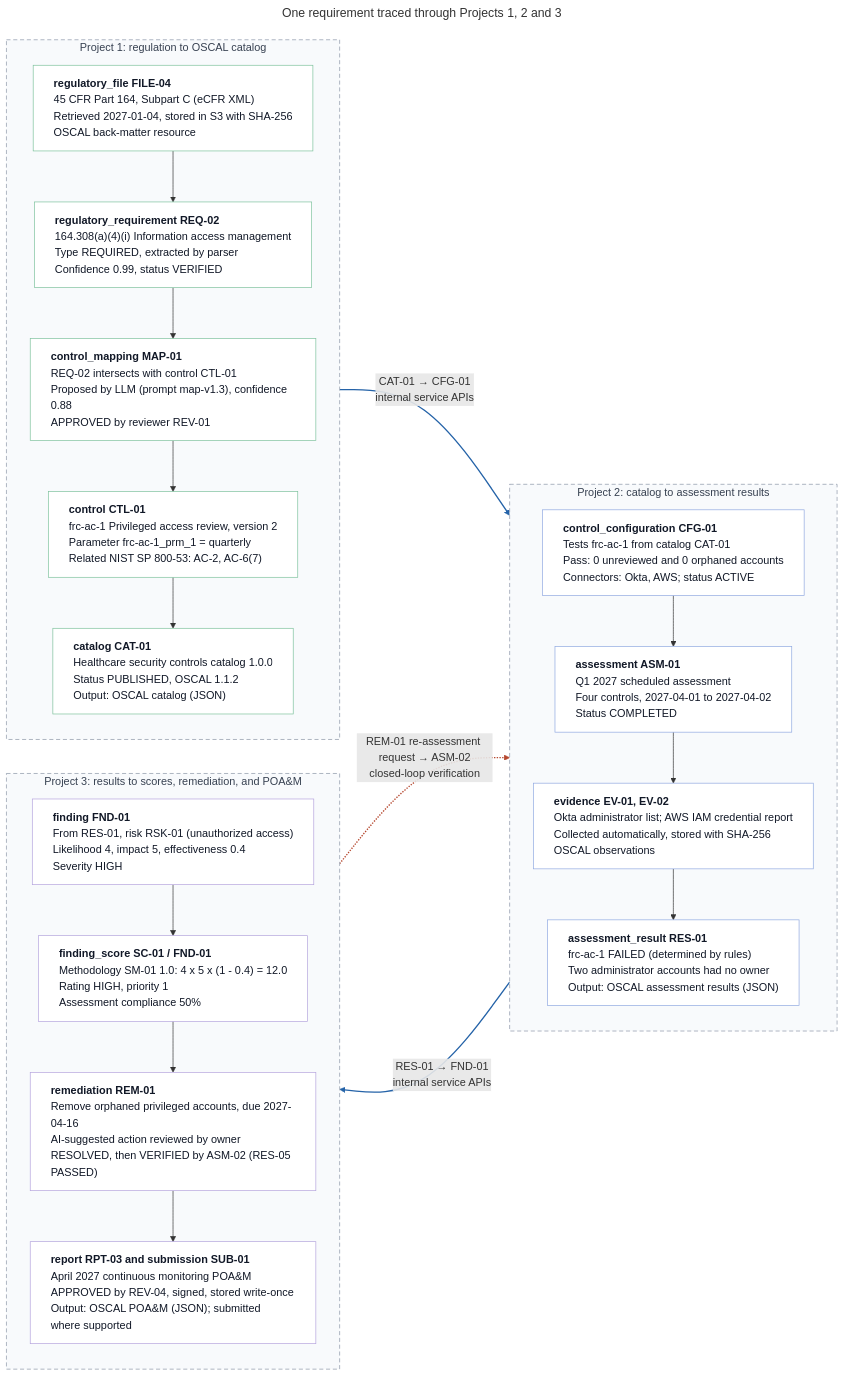
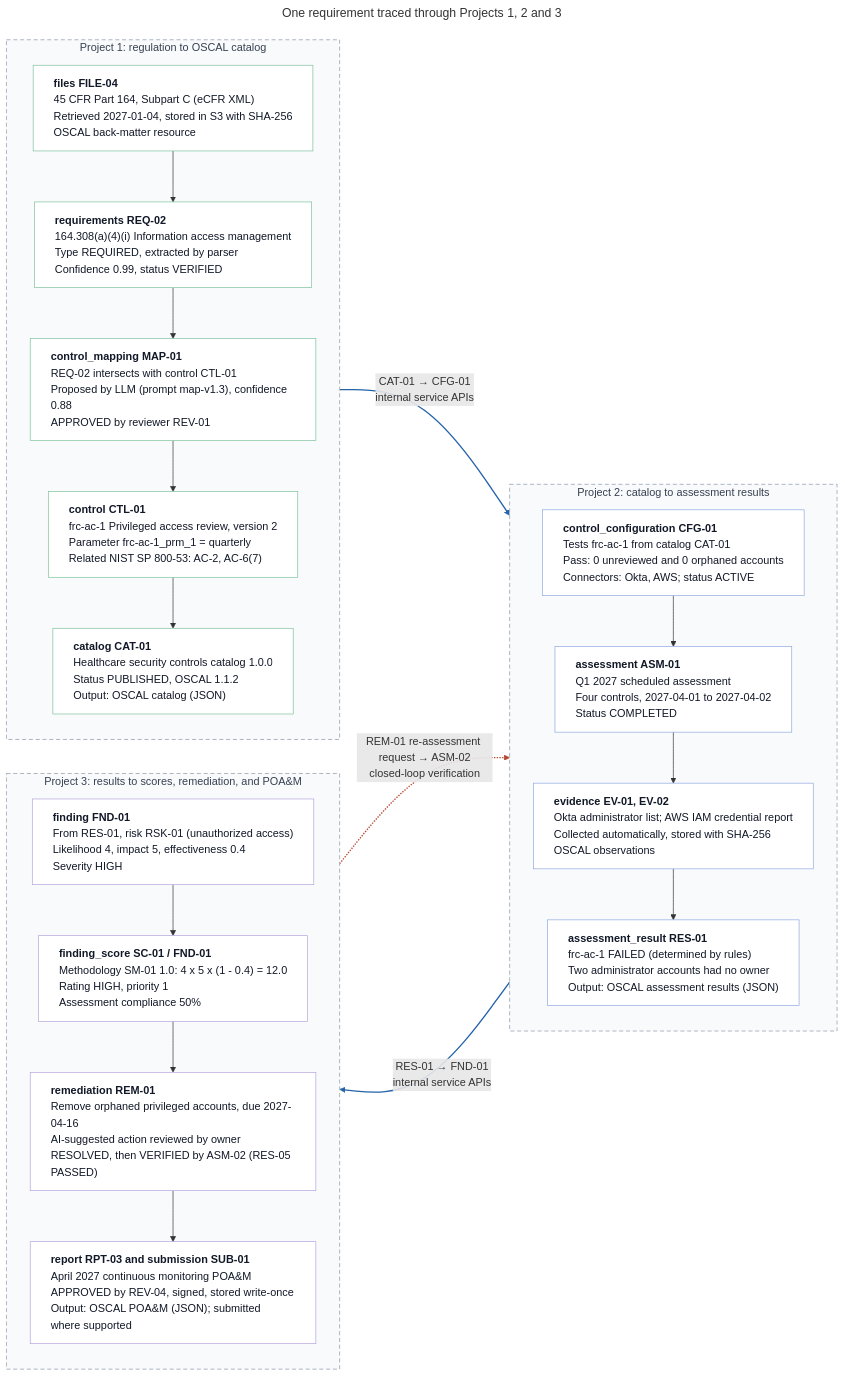
The diagram in assets/diagrams/solution/fig-15-1-end-to-end-trace.mmd (GRaCe-GRC/GRaCe-GRC-docs), drawn with Mermaid before and after one commit. The commit also changed 14 other files, not shown here.

```diff
--- a/assets/diagrams/solution/fig-15-1-end-to-end-trace.mmd
+++ b/assets/diagrams/solution/fig-15-1-end-to-end-trace.mmd
@@ -1,44 +1,44 @@
 ---
 title: "One requirement traced through Projects 1, 2 and 3"
 config:
   flowchart:
     wrappingWidth: 360
 ---
 flowchart LR
   subgraph T1["Project 1: regulation to OSCAL catalog"]
     direction TB
-    a1["<b>regulatory_file FILE-04</b><br/>45 CFR Part 164, Subpart C (eCFR XML)<br/>Retrieved 2027-01-04, stored in S3 with SHA-256<br/>OSCAL back-matter resource"]:::p1
-    a2["<b>regulatory_requirement REQ-02</b><br/>164.308(a)(4)(i) Information access management<br/>Type REQUIRED, extracted by parser<br/>Confidence 0.99, status VERIFIED"]:::p1
+    a1["<b>files FILE-04</b><br/>45 CFR Part 164, Subpart C (eCFR XML)<br/>Retrieved 2027-01-04, stored in S3 with SHA-256<br/>OSCAL back-matter resource"]:::p1
+    a2["<b>requirements REQ-02</b><br/>164.308(a)(4)(i) Information access management<br/>Type REQUIRED, extracted by parser<br/>Confidence 0.99, status VERIFIED"]:::p1
     a3["<b>control_mapping MAP-01</b><br/>REQ-02 intersects with control CTL-01<br/>Proposed by LLM (prompt map-v1.3), confidence 0.88<br/>APPROVED by reviewer REV-01"]:::p1
     a4["<b>control CTL-01</b><br/>frc-ac-1 Privileged access review, version 2<br/>Parameter frc-ac-1_prm_1 = quarterly<br/>Related NIST SP 800-53: AC-2, AC-6(7)"]:::p1
     a5["<b>catalog CAT-01</b><br/>Healthcare security controls catalog 1.0.0<br/>Status PUBLISHED, OSCAL 1.1.2<br/>Output: OSCAL catalog (JSON)"]:::p1
     a1 --> a2 --> a3 --> a4 --> a5
   end
   subgraph T2["Project 2: catalog to assessment results"]
     direction TB
     b1["<b>control_configuration CFG-01</b><br/>Tests frc-ac-1 from catalog CAT-01<br/>Pass: 0 unreviewed and 0 orphaned accounts<br/>Connectors: Okta, AWS; status ACTIVE"]:::p2
     b2["<b>assessment ASM-01</b><br/>Q1 2027 scheduled assessment<br/>Four controls, 2027-04-01 to 2027-04-02<br/>Status COMPLETED"]:::p2
     b3["<b>evidence EV-01, EV-02</b><br/>Okta administrator list; AWS IAM credential report<br/>Collected automatically, stored with SHA-256<br/>OSCAL observations"]:::p2
     b4["<b>assessment_result RES-01</b><br/>frc-ac-1 FAILED (determined by rules)<br/>Two administrator accounts had no owner<br/>Output: OSCAL assessment results (JSON)"]:::p2
     b1 --> b2 --> b3 --> b4
   end
   subgraph T3["Project 3: results to scores, remediation, and POA&amp;M"]
     direction TB
     c1["<b>finding FND-01</b><br/>From RES-01, risk RSK-01 (unauthorized access)<br/>Likelihood 4, impact 5, effectiveness 0.4<br/>Severity HIGH"]:::p3
     c2["<b>finding_score SC-01 / FND-01</b><br/>Methodology SM-01 1.0: 4 x 5 x (1 - 0.4) = 12.0<br/>Rating HIGH, priority 1<br/>Assessment compliance 50%"]:::p3
     c3["<b>remediation REM-01</b><br/>Remove orphaned privileged accounts, due 2027-04-16<br/>AI-suggested action reviewed by owner<br/>RESOLVED, then VERIFIED by ASM-02 (RES-05 PASSED)"]:::p3
     c4["<b>report RPT-03 and submission SUB-01</b><br/>April 2027 continuous monitoring POA&amp;M<br/>APPROVED by REV-04, signed, stored write-once<br/>Output: OSCAL POA&amp;M (JSON); submitted where supported"]:::p3
     c1 --> c2 --> c3 --> c4
   end
   T1 ==>|"CAT-01 → CFG-01<br/>internal service APIs"| T2
   T2 ==>|"RES-01 → FND-01<br/>internal service APIs"| T3
   T3 -.->|"REM-01 re-assessment request → ASM-02<br/>closed-loop verification"| T2
 
   classDef p1 fill:#ffffff,stroke:#7cc19c,color:#111827,text-align:left
   classDef p2 fill:#ffffff,stroke:#8fa8e0,color:#111827,text-align:left
   classDef p3 fill:#ffffff,stroke:#b4a3dd,color:#111827,text-align:left
   style T1 fill:#f8fafc,stroke:#8a94a6,stroke-dasharray:6 4,color:#374151
   style T2 fill:#f8fafc,stroke:#8a94a6,stroke-dasharray:6 4,color:#374151
   style T3 fill:#f8fafc,stroke:#8a94a6,stroke-dasharray:6 4,color:#374151
   linkStyle 10,11 stroke:#2563a8,stroke-width:2px
   linkStyle 12 stroke:#b5472e,stroke-width:2px
```
